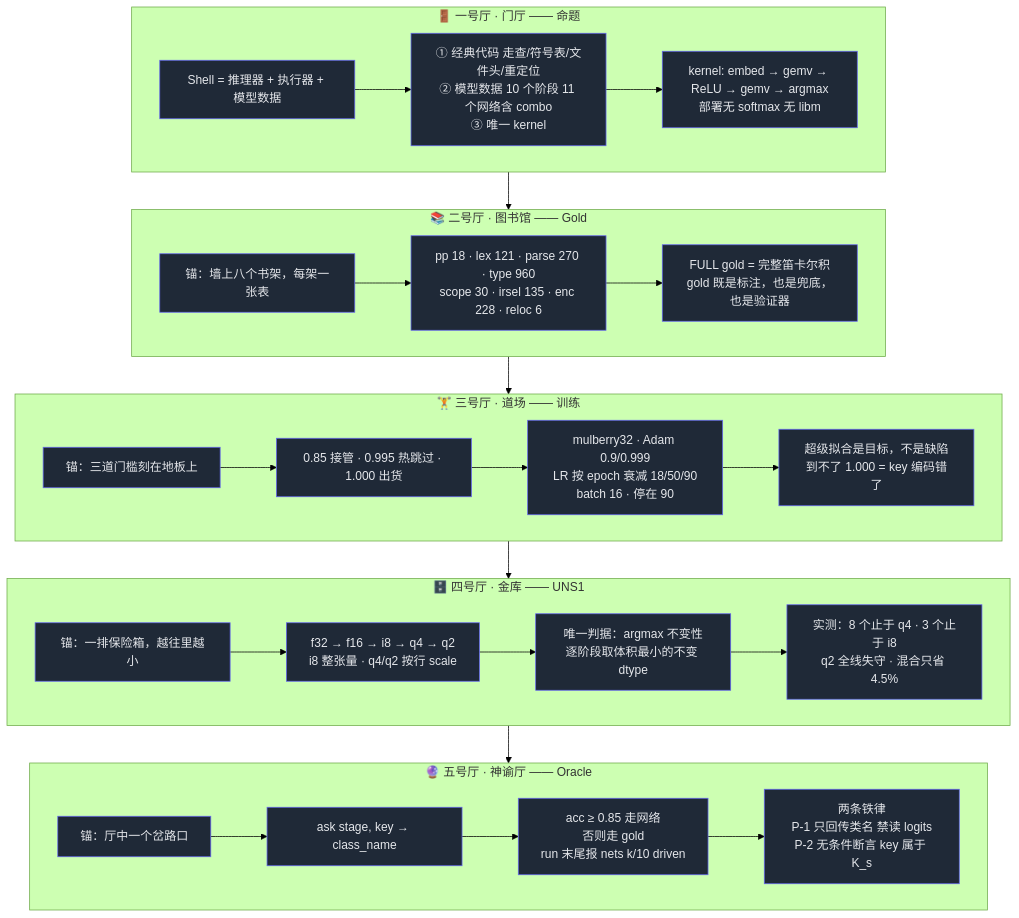
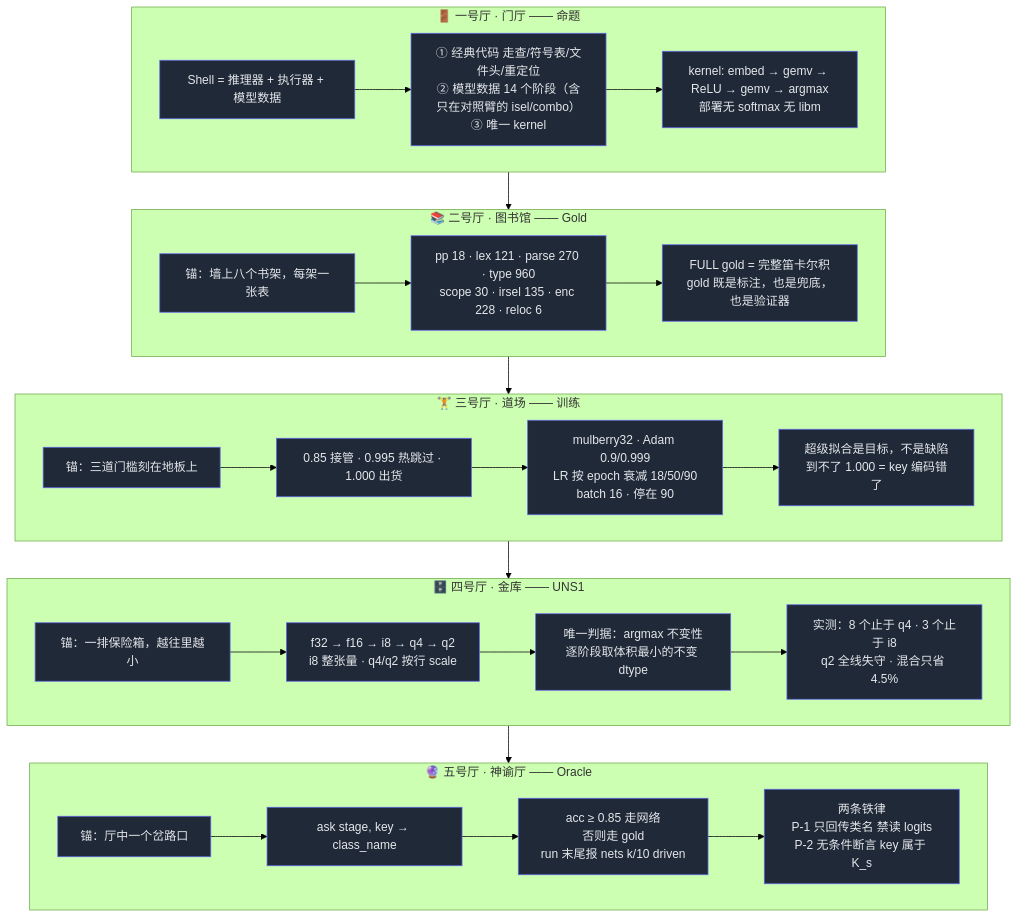
The first of 5 diagrams in prd.map.md (partnernetsoftware/unisacc), drawn with Mermaid (forest theme) before and after one commit. The commit also changed other lines of this file and 21 other files, not shown here.

````diff
--- a/prd.map.md
+++ b/prd.map.md
@@ -10,45 +10,45 @@
 ```mermaid
 flowchart TD
     subgraph R1["🚪 一号厅 · 门厅 —— 命题"]
         A1["Shell = 推理器 + 执行器 + 模型数据"]
-        A2["① 经典代码 走查/符号表/文件头/重定位<br/>② 模型数据 10 个阶段 11 个网络含 combo<br/>③ 唯一 kernel"]
+        A2["① 经典代码 走查/符号表/文件头/重定位<br/>② 模型数据 14 个阶段（含只在对照臂的 isel/combo）<br/>③ 唯一 kernel"]
         A3["kernel: embed → gemv → ReLU → gemv → argmax<br/>部署无 softmax 无 libm"]
         A1 --> A2 --> A3
     end
 
     subgraph R2["📚 二号厅 · 图书馆 —— Gold"]
         B1["锚：墙上八个书架，每架一张表"]
         B2["pp 18 · lex 121 · parse 270 · type 960<br/>scope 30 · irsel 135 · enc 228 · reloc 6"]
         B3["FULL gold = 完整笛卡尔积<br/>gold 既是标注，也是兜底，也是验证器"]
         B1 --> B2 --> B3
     end
 
     subgraph R3["🏋️ 三号厅 · 道场 —— 训练"]
         C1["锚：三道门槛刻在地板上"]
         C2["0.85 接管 · 0.995 热跳过 · 1.000 出货"]
         C3["mulberry32 · Adam 0.9/0.999<br/>LR 按 epoch 衰减 18/50/90<br/>batch 16 · 停在 90"]
         C4["超级拟合是目标，不是缺陷<br/>到不了 1.000 = key 编码错了"]
         C1 --> C2 --> C3 --> C4
     end
 
     subgraph R4["🗄️ 四号厅 · 金库 —— UNS1"]
         D1["锚：一排保险箱，越往里越小"]
         D2["f32 → f16 → i8 → q4 → q2<br/>i8 整张量 · q4/q2 按行 scale"]
         D3["唯一判据：argmax 不变性<br/>逐阶段取体积最小的不变 dtype"]
         D4["实测：8 个止于 q4 · 3 个止于 i8<br/>q2 全线失守 · 混合只省 4.5%"]
         D1 --> D2 --> D3 --> D4
     end
 
     subgraph R5["🔮 五号厅 · 神谕厅 —— Oracle"]
         E1["锚：厅中一个岔路口"]
         E2["ask stage, key → class_name"]
         E3["acc ≥ 0.85 走网络<br/>否则走 gold<br/>run 末尾报 nets k/10 driven"]
         E4["两条铁律<br/>P-1 只回传类名 禁读 logits<br/>P-2 无条件断言 key 属于 K_s"]
         E1 --> E2 --> E3 --> E4
     end
 
     R1 --> R2 --> R3 --> R4 --> R5
 
     classDef room fill:#1f2937,stroke:#6366f1,color:#e5e7eb
     class A1,A2,A3,B1,B2,B3,C1,C2,C3,C4,D1,D2,D3,D4,E1,E2,E3,E4 room
 ```
````
